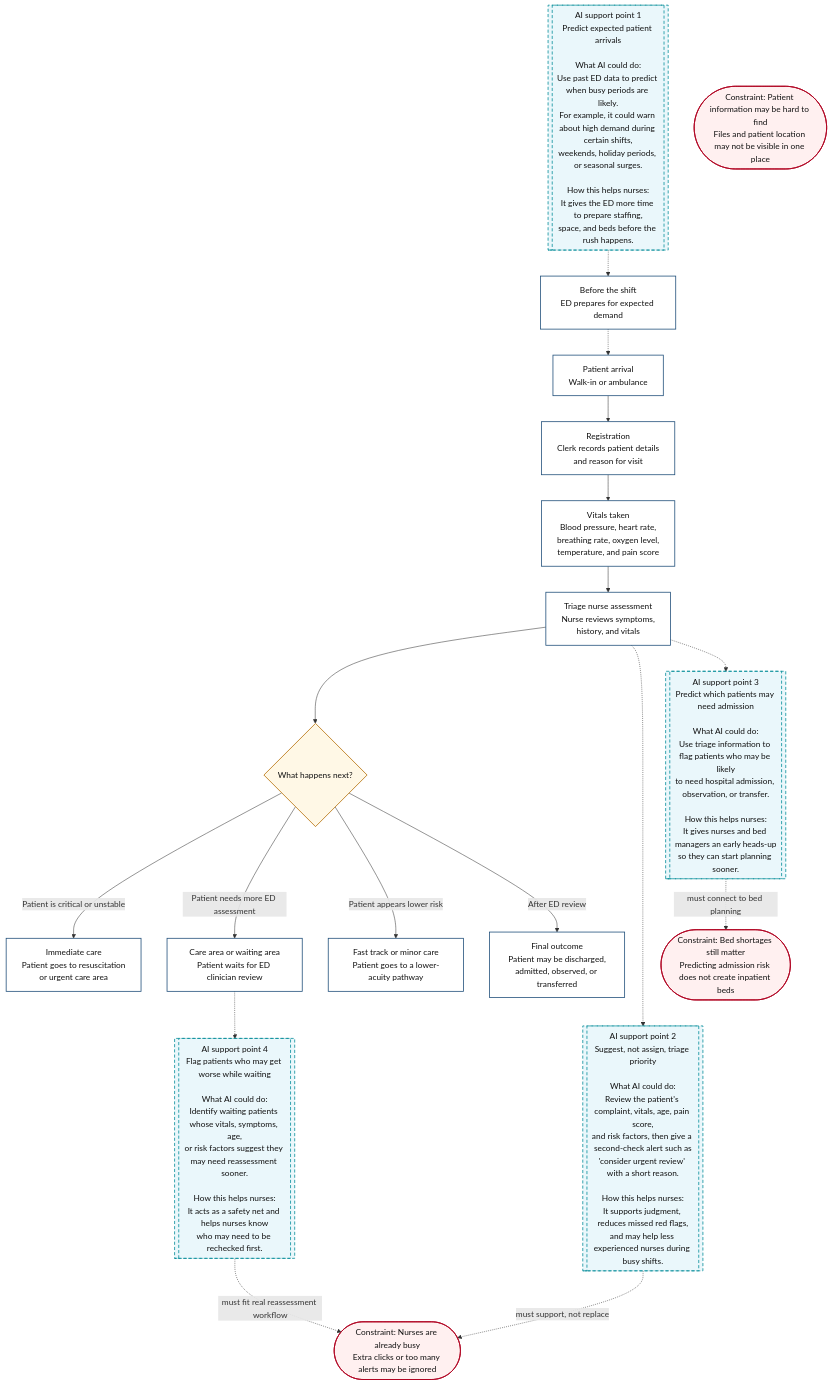
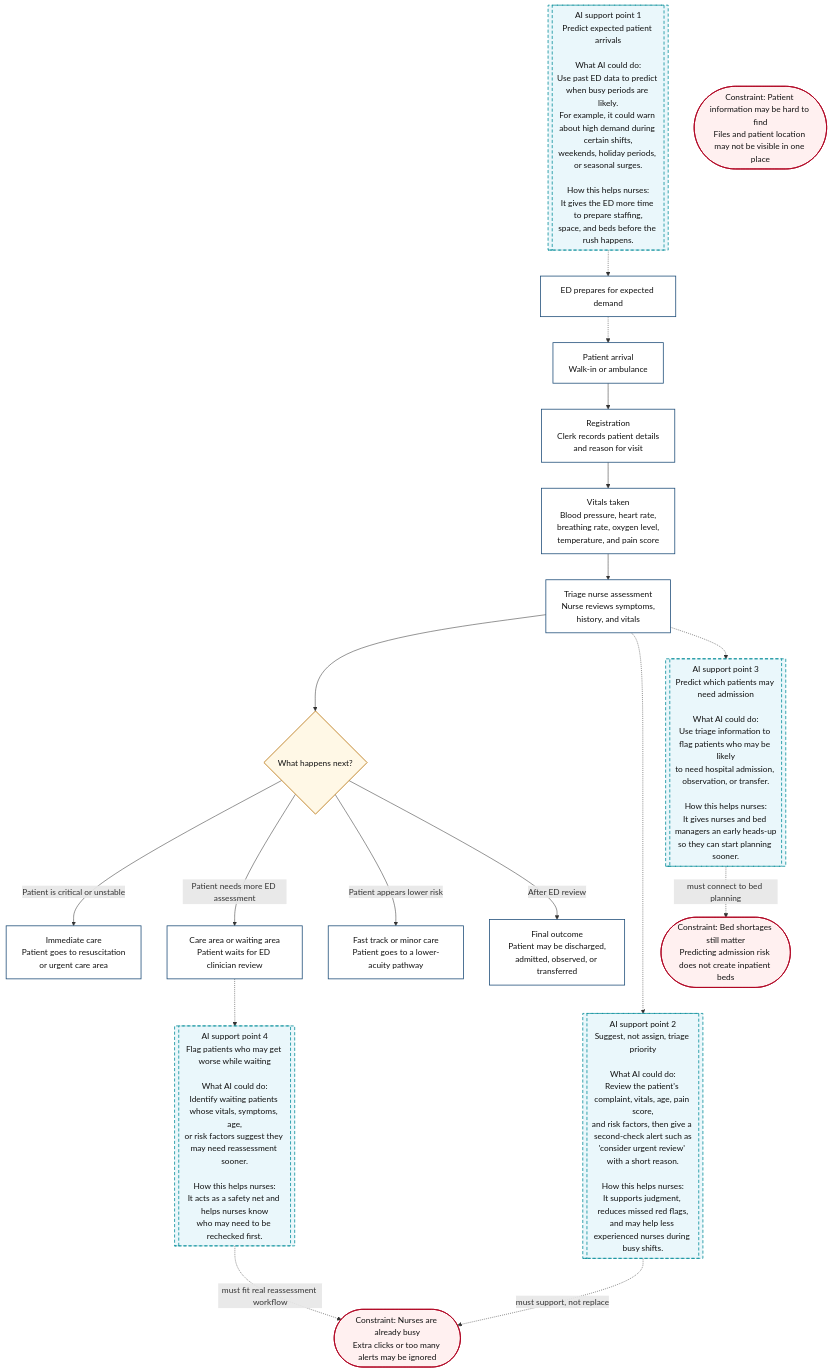
Before and after one commit to tinadams/carisurg-portfolio: the diagram in docs/week_0_workflow.md, drawn with Mermaid.

Commit message:
Remove redundant text from workflow documentation

````diff
--- a/docs/week_0_workflow.md
+++ b/docs/week_0_workflow.md
@@ -1,55 +1,55 @@
 ```mermaid
 flowchart TD
 
 A[Patient arrival<br/>Walk-in or ambulance] --> B[Registration<br/>Clerk records patient details<br/>and reason for visit]
 
 B --> C[Vitals taken<br/>Blood pressure, heart rate,<br/>breathing rate, oxygen level,<br/>temperature, and pain score]
 
 C --> D[Triage nurse assessment<br/>Nurse reviews symptoms,<br/>history, and vitals]
 
 D --> E{What happens next?}
 
 E -->|Patient is critical or unstable| F[Immediate care<br/>Patient goes to resuscitation<br/>or urgent care area]
 
 E -->|Patient needs more ED assessment| G[Care area or waiting area<br/>Patient waits for ED clinician review]
 
 E -->|Patient appears lower risk| H[Fast track or minor care<br/>Patient goes to a lower-acuity pathway]
 
 E -->|After ED review| I[Final outcome<br/>Patient may be discharged,<br/>admitted, observed, or transferred]
 
 AI1[[AI support point 1<br/>Predict expected patient arrivals<br/><br/>What AI could do:<br/>Use past ED data to predict when busy periods are likely.<br/>For example, it could warn about high demand during certain shifts,<br/>weekends, holiday periods, or seasonal surges.<br/><br/>How this helps nurses:<br/>It gives the ED more time to prepare staffing,<br/>space, and beds before the rush happens.]]
 
 AI2[[AI support point 2<br/>Suggest, not assign, triage priority<br/><br/>What AI could do:<br/>Review the patient's complaint, vitals, age, pain score,<br/>and risk factors, then give a second-check alert such as<br/>'consider urgent review' with a short reason.<br/><br/>How this helps nurses:<br/>It supports judgment, reduces missed red flags,<br/>and may help less experienced nurses during busy shifts.]]
 
 AI3[[AI support point 3<br/>Predict which patients may need admission<br/><br/>What AI could do:<br/>Use triage information to flag patients who may be likely<br/>to need hospital admission, observation, or transfer.<br/><br/>How this helps nurses:<br/>It gives nurses and bed managers an early heads-up<br/>so they can start planning sooner.]]
 
 AI4[[AI support point 4<br/>Flag patients who may get worse while waiting<br/><br/>What AI could do:<br/>Identify waiting patients whose vitals, symptoms, age,<br/>or risk factors suggest they may need reassessment sooner.<br/><br/>How this helps nurses:<br/>It acts as a safety net and helps nurses know<br/>who may need to be rechecked first.]]
 
-PRE[Before the shift<br/>ED prepares for expected demand]
+PRE[ED prepares for expected demand]
 
 AI1 -.-> PRE
 PRE -.-> A
 D -.-> AI2
 D -.-> AI3
 G -.-> AI4
 
 C1([Constraint: Patient information may be hard to find<br/>Files and patient location may not be visible in one place])
 
 C2([Constraint: Nurses are already busy<br/>Extra clicks or too many alerts may be ignored])
 
 C3([Constraint: Bed shortages still matter<br/>Predicting admission risk does not create inpatient beds])
 
 AI2 -. must support, not replace .-> C2
 AI3 -. must connect to bed planning .-> C3
 AI4 -. must fit real reassessment workflow .-> C2
 
 classDef process fill:#ffffff,stroke:#1f4e79,stroke-width:1.5px,color:#111;
 classDef decision fill:#fff8e6,stroke:#b36b00,stroke-width:1.5px,color:#111;
 classDef ai fill:#eaf7fb,stroke:#008c99,stroke-width:1.5px,stroke-dasharray: 6 4,color:#111;
 classDef constraint fill:#fff0f0,stroke:#b00020,stroke-width:1.5px,color:#111;
 
 class A,B,C,D,F,G,H,I,PRE process;
 class E decision;
 class AI1,AI2,AI3,AI4 ai;
 class C1,C2,C3 constraint;
 ```
````
